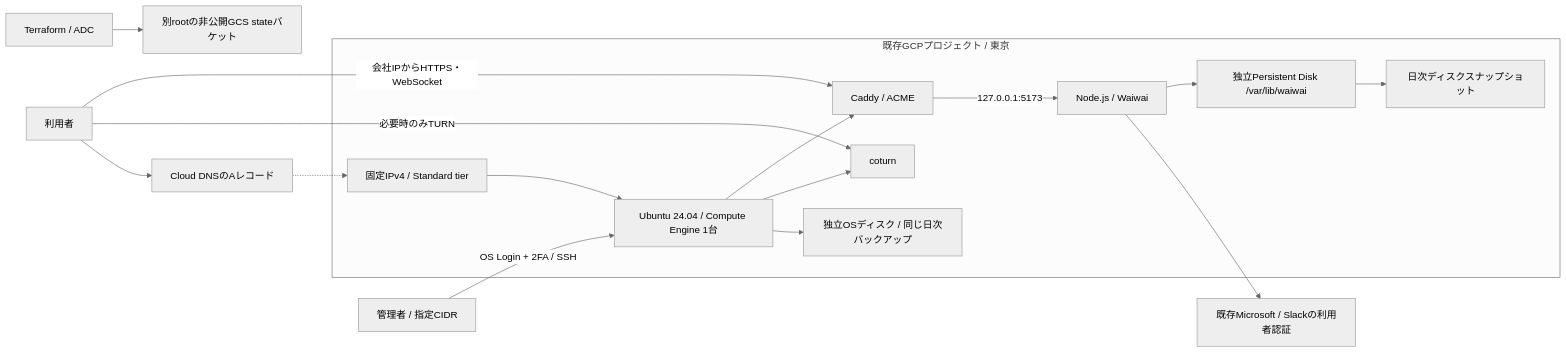
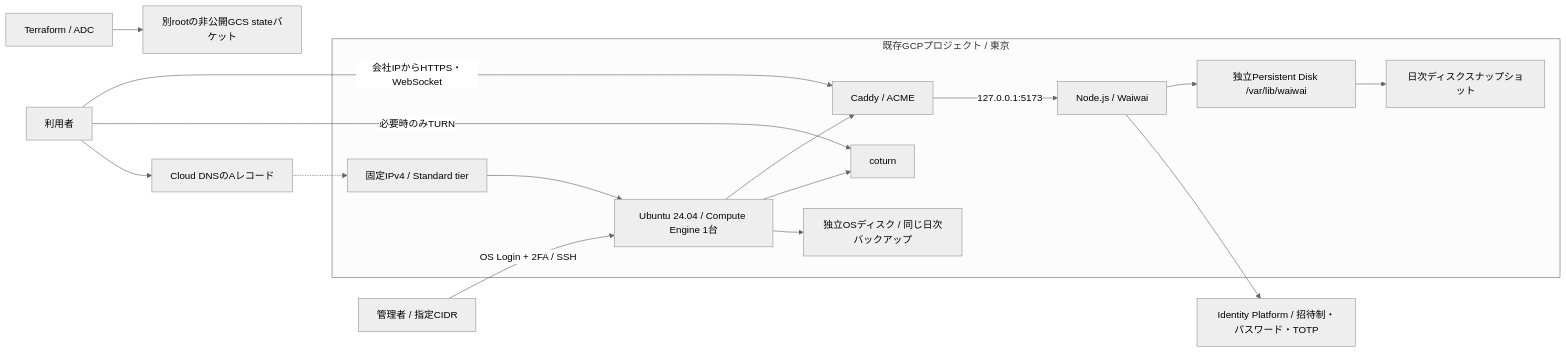
One commit to at8338/waiwai changed the diagram in doc-gcp/design.md. Above: the diagram before and after it, drawn with Mermaid (neutral theme). The commit also changed other lines of this file and 42 other files, not shown here.

Commit message:
Add invitation-only Identity Platform login with TOTP MFA

````diff
--- a/doc-gcp/design.md
+++ b/doc-gcp/design.md
@@ -11,19 +11,19 @@
 ```mermaid
 flowchart LR
   Browser[利用者] -->|会社IPからHTTPS・WebSocket| Caddy
   Browser -->|必要時のみTURN| TURN
   Operator[管理者 / 指定CIDR] -->|OS Login + 2FA / SSH| VM
   subgraph GCP[既存GCPプロジェクト / 東京]
     IP[固定IPv4 / Standard tier] --> VM[Ubuntu 24.04 / Compute Engine 1台]
     VM --> Caddy[Caddy / ACME]
     VM --> TURN[coturn]
     Caddy -->|127.0.0.1:5173| App[Node.js / Waiwai]
     App --> Data[独立Persistent Disk /var/lib/waiwai]
     Data --> Snap[日次ディスクスナップショット]
     VM --> OS[独立OSディスク / 同じ日次バックアップ]
   end
   Browser --> DNS[Cloud DNSのAレコード]
   DNS -.-> IP
-  App --> Login[既存Microsoft / Slackの利用者認証]
+  App --> Login[Identity Platform / 招待制・パスワード・TOTP]
   Terraform[Terraform / ADC] --> State[別rootの非公開GCS stateバケット]
 ```
````
